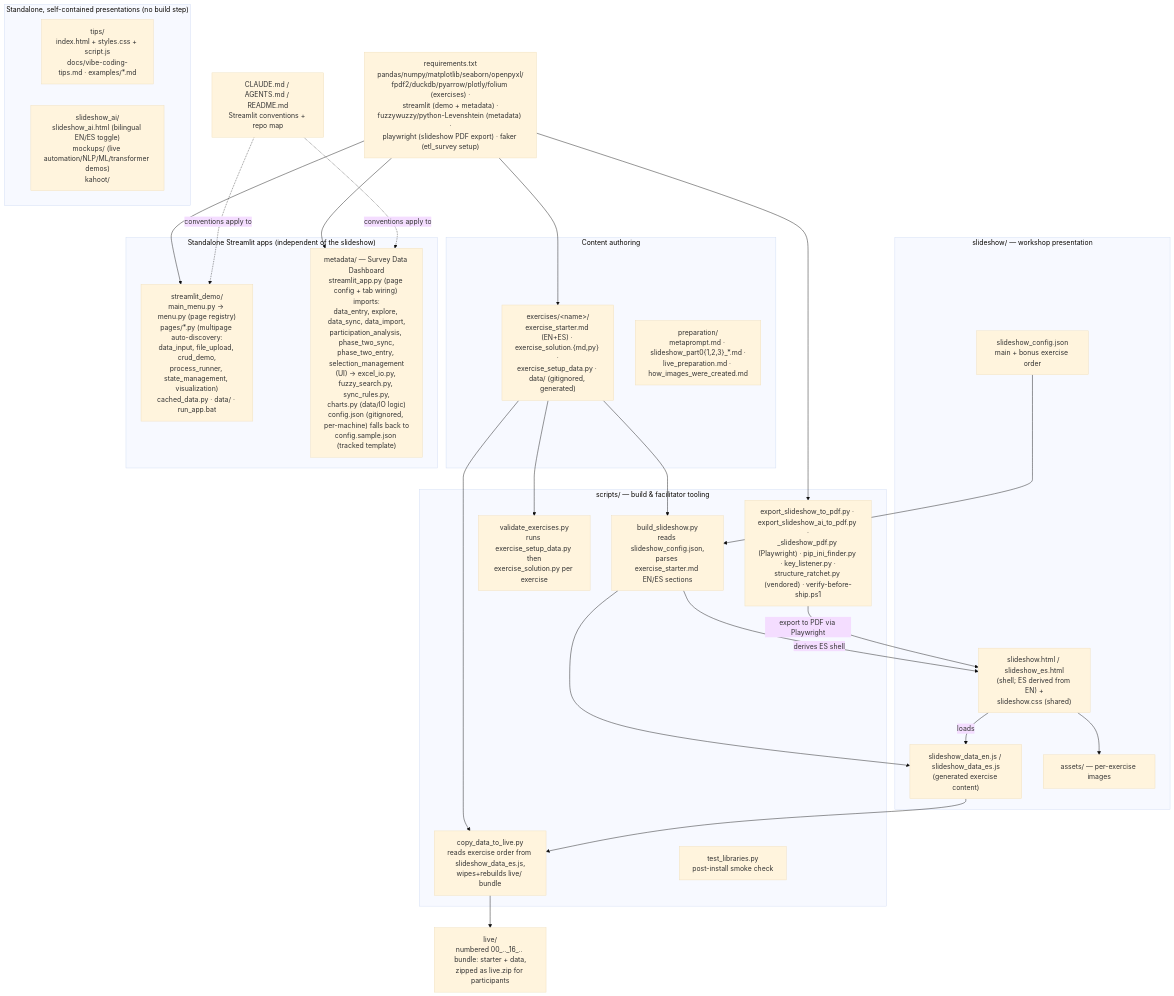
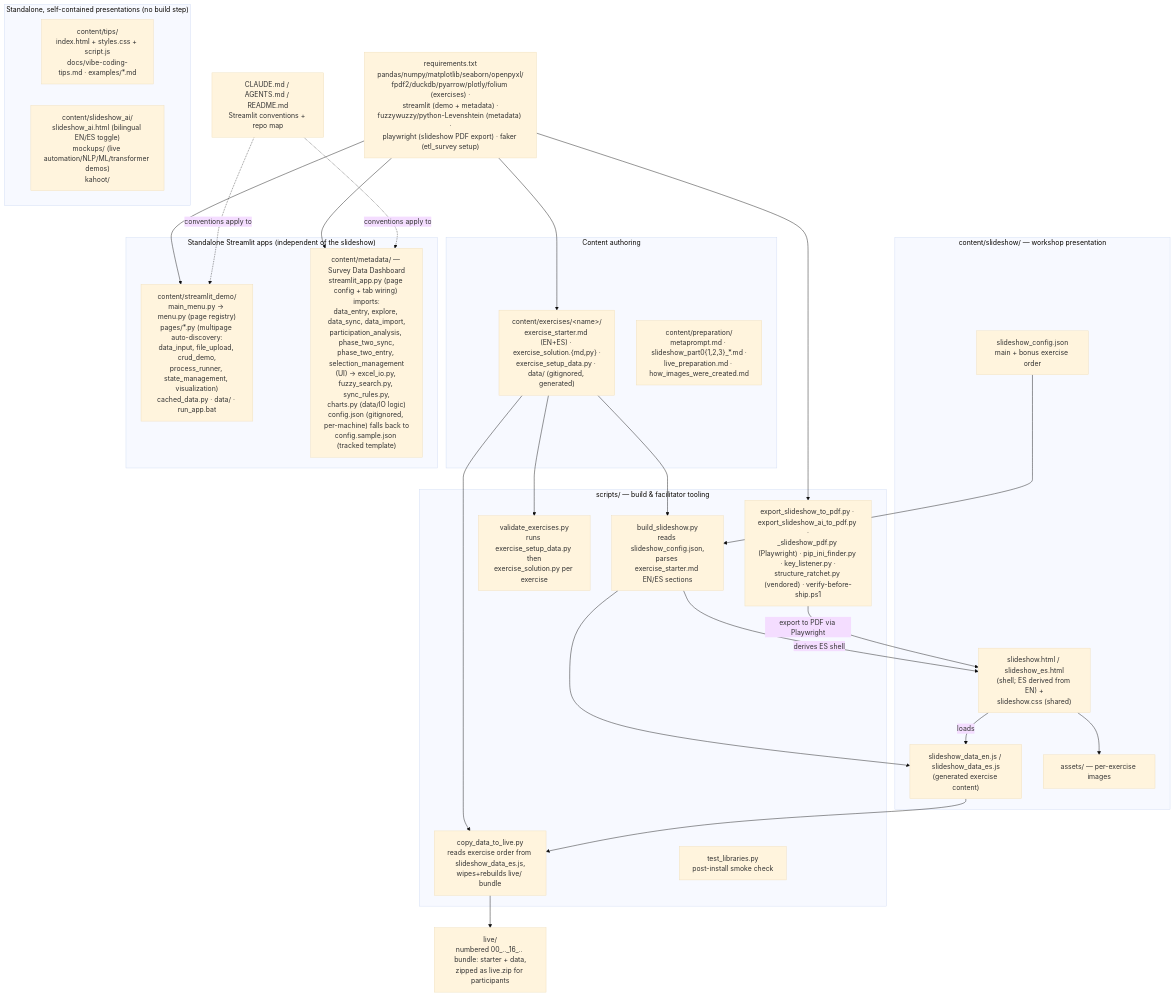
One commit to ferraroroberto/vibe-coding-workshop changed the diagram in docs/architecture.mmd. Above: the diagram before and after it, drawn with Mermaid (base theme). The commit also changed 235 other files, not shown here.

First line of the commit message:
chore: move the seven workshop folders under content/ (#155)

```diff
--- a/docs/architecture.mmd
+++ b/docs/architecture.mmd
@@ -1,61 +1,61 @@
 %% docs/architecture.mmd — this repo's own internal structure.
 %% Hand-authored, not generated (there is no crawler for a repo's own semantic
 %% shape, same reason a `.fleet.toml` `description` is hand-written). Update
 %% this diagram in the same PR as any material structural change (an exercise
 %% category added/removed, a build script relocated, a new standalone app
 %% folder). See fleet-config#256 for the general fleet-wide convention.
 
 flowchart TB
   subgraph content["Content authoring"]
-    EXERCISES["exercises/&lt;name&gt;/\nexercise_starter.md (EN+ES) · exercise_solution.{md,py} ·\nexercise_setup_data.py · data/ (gitignored, generated)"]
-    PREP["preparation/\nmetaprompt.md · slideshow_part0{1,2,3}_*.md ·\nlive_preparation.md · how_images_were_created.md"]
+    EXERCISES["content/exercises/&lt;name&gt;/\nexercise_starter.md (EN+ES) · exercise_solution.{md,py} ·\nexercise_setup_data.py · data/ (gitignored, generated)"]
+    PREP["content/preparation/\nmetaprompt.md · slideshow_part0{1,2,3}_*.md ·\nlive_preparation.md · how_images_were_created.md"]
   end
 
   subgraph build["scripts/ — build & facilitator tooling"]
     BUILDSHOW["build_slideshow.py\nreads slideshow_config.json,\nparses exercise_starter.md EN/ES sections"]
     COPYLIVE["copy_data_to_live.py\nreads exercise order from slideshow_data_es.js,\nwipes+rebuilds live/ bundle"]
     VALIDATE["validate_exercises.py\nruns exercise_setup_data.py then\nexercise_solution.py per exercise"]
     TESTLIB["test_libraries.py\npost-install smoke check"]
     OTHERSCRIPTS["export_slideshow_to_pdf.py · export_slideshow_ai_to_pdf.py ·\n_slideshow_pdf.py (Playwright) · pip_ini_finder.py · key_listener.py ·\nstructure_ratchet.py (vendored) · verify-before-ship.ps1"]
   end
 
   EXERCISES --> BUILDSHOW
   EXERCISES --> VALIDATE
   EXERCISES --> COPYLIVE
 
-  subgraph slideshow["slideshow/ — workshop presentation"]
+  subgraph slideshow["content/slideshow/ — workshop presentation"]
     CONFIG["slideshow_config.json\nmain + bonus exercise order"]
     SHTML["slideshow.html / slideshow_es.html\n(shell; ES derived from EN) +\nslideshow.css (shared)"]
     SDATA["slideshow_data_en.js / slideshow_data_es.js\n(generated exercise content)"]
     ASSETS["assets/ — per-exercise images"]
   end
   CONFIG --> BUILDSHOW
   BUILDSHOW --> SDATA
   BUILDSHOW -->|derives ES shell| SHTML
   SHTML -->|loads| SDATA
   SHTML --> ASSETS
   SDATA --> COPYLIVE
   OTHERSCRIPTS -->|export to PDF via Playwright| SHTML
 
   LIVE["live/\nnumbered 00_.._16_.. bundle: starter + data,\nzipped as live.zip for participants"]
   COPYLIVE --> LIVE
 
   subgraph standalone["Standalone, self-contained presentations (no build step)"]
-    TIPS["tips/\nindex.html + styles.css + script.js\ndocs/vibe-coding-tips.md · examples/*.md"]
-    SLIDESHOWAI["slideshow_ai/\nslideshow_ai.html (bilingual EN/ES toggle)\nmockups/ (live automation/NLP/ML/transformer demos)\nkahoot/"]
+    TIPS["content/tips/\nindex.html + styles.css + script.js\ndocs/vibe-coding-tips.md · examples/*.md"]
+    SLIDESHOWAI["content/slideshow_ai/\nslideshow_ai.html (bilingual EN/ES toggle)\nmockups/ (live automation/NLP/ML/transformer demos)\nkahoot/"]
   end
 
   subgraph apps["Standalone Streamlit apps (independent of the slideshow)"]
-    DEMO["streamlit_demo/\nmain_menu.py -> menu.py (page registry)\npages/*.py (multipage auto-discovery:\ndata_input, file_upload, crud_demo,\nprocess_runner, state_management, visualization)\ncached_data.py · data/ · run_app.bat"]
-    METADATA["metadata/ — Survey Data Dashboard\nstreamlit_app.py (page config + tab wiring) imports:\ndata_entry, explore, data_sync, data_import,\nparticipation_analysis, phase_two_sync,\nphase_two_entry, selection_management\n(UI) -> excel_io.py, fuzzy_search.py, sync_rules.py,\ncharts.py (data/IO logic)\nconfig.json (gitignored, per-machine) falls back to\nconfig.sample.json (tracked template)"]
+    DEMO["content/streamlit_demo/\nmain_menu.py -> menu.py (page registry)\npages/*.py (multipage auto-discovery:\ndata_input, file_upload, crud_demo,\nprocess_runner, state_management, visualization)\ncached_data.py · data/ · run_app.bat"]
+    METADATA["content/metadata/ — Survey Data Dashboard\nstreamlit_app.py (page config + tab wiring) imports:\ndata_entry, explore, data_sync, data_import,\nparticipation_analysis, phase_two_sync,\nphase_two_entry, selection_management\n(UI) -> excel_io.py, fuzzy_search.py, sync_rules.py,\ncharts.py (data/IO logic)\nconfig.json (gitignored, per-machine) falls back to\nconfig.sample.json (tracked template)"]
   end
 
   REQ["requirements.txt\npandas/numpy/matplotlib/seaborn/openpyxl/\nfpdf2/duckdb/pyarrow/plotly/folium (exercises) ·\nstreamlit (demo + metadata) ·\nfuzzywuzzy/python-Levenshtein (metadata) ·\nplaywright (slideshow PDF export) · faker (etl_survey setup)"]
   REQ --> EXERCISES
   REQ --> DEMO
   REQ --> METADATA
   REQ --> OTHERSCRIPTS
 
   ROOTDOCS["CLAUDE.md / AGENTS.md / README.md\nStreamlit conventions + repo map"]
   ROOTDOCS -.->|conventions apply to| DEMO
   ROOTDOCS -.->|conventions apply to| METADATA
```
